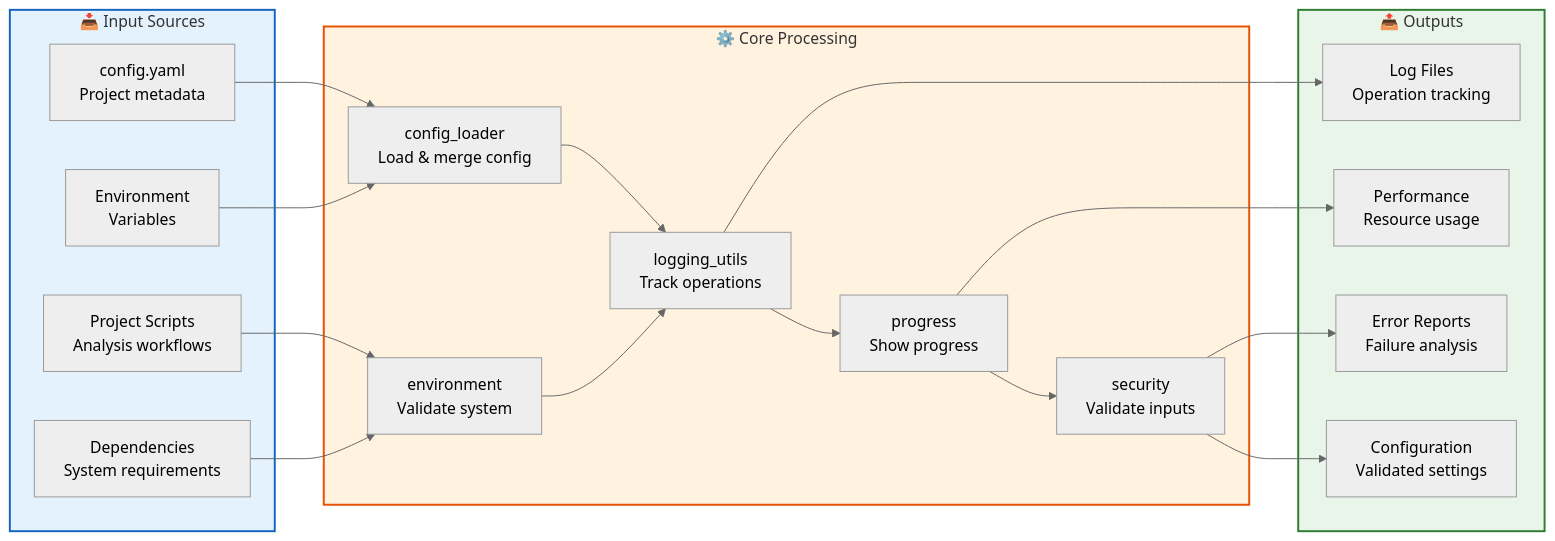
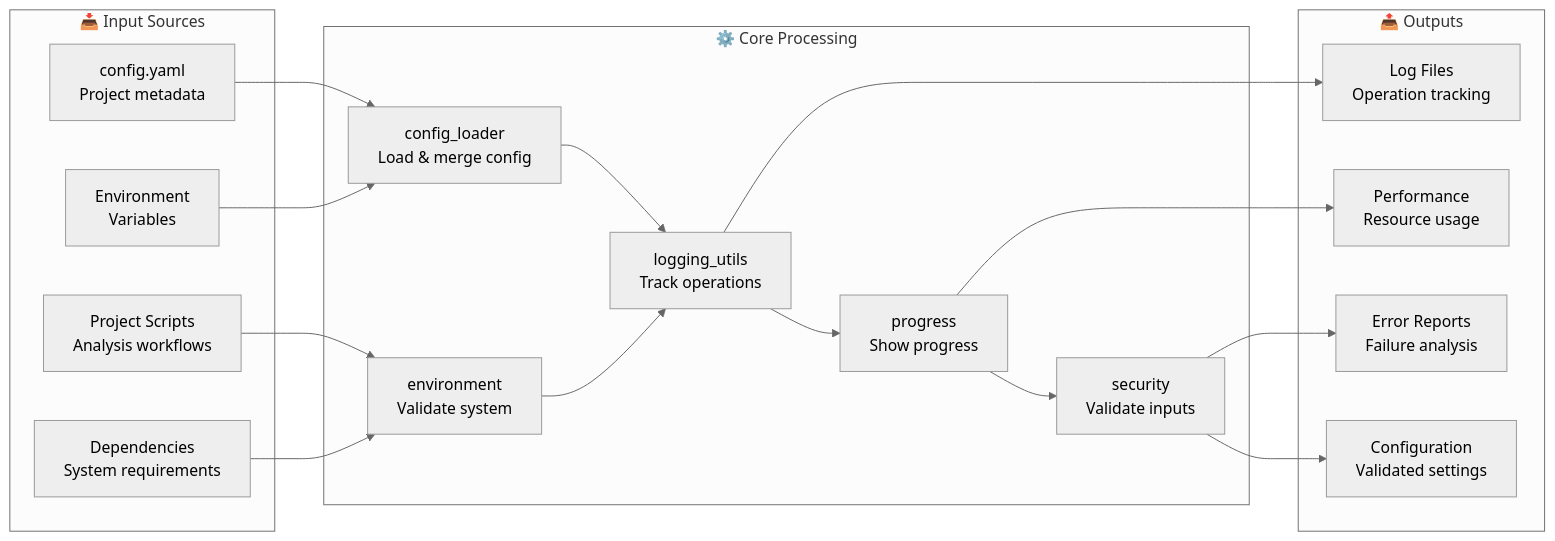
Before and after one commit to docxology/template: the second of 5 diagrams in infrastructure/core/README.md, drawn with Mermaid (neutral theme). The commit also changed other lines of this file and 243 other files, not shown here.

````diff
--- a/infrastructure/core/README.md
+++ b/infrastructure/core/README.md
@@ -86,45 +81,41 @@
 ```mermaid
 flowchart LR
     subgraph Input["📥 Input Sources"]
         YAML[config.yaml<br/>Project metadata]
         ENV[Environment<br/>Variables]
         SCRIPTS[Project Scripts<br/>Analysis workflows]
         DEPS[Dependencies<br/>System requirements]
     end
 
     subgraph Processing["⚙️ Core Processing"]
         CONFIG[config_loader<br/>Load & merge config]
         VALIDATE[environment<br/>Validate system]
         LOGGING[logging_utils<br/>Track operations]
         PROGRESS[progress<br/>Show progress]
         SECURITY[security<br/>Validate inputs]
     end
 
     subgraph Output["📤 Outputs"]
         LOGS[Log Files<br/>Operation tracking]
         METRICS[Performance<br/>Resource usage]
         ERRORS[Error Reports<br/>Failure analysis]
         RESULTS[Configuration<br/>Validated settings]
     end
 
     YAML --> CONFIG
     ENV --> CONFIG
     SCRIPTS --> VALIDATE
     DEPS --> VALIDATE
     CONFIG --> LOGGING
     VALIDATE --> LOGGING
     LOGGING --> PROGRESS
     PROGRESS --> SECURITY
     SECURITY --> RESULTS
     LOGGING --> LOGS
     PROGRESS --> METRICS
     SECURITY --> ERRORS
 
-    classDef input fill:#e3f2fd,stroke:#1565c0,stroke-width:2px
-    classDef process fill:#fff3e0,stroke:#e65100,stroke-width:2px
-    classDef output fill:#e8f5e8,stroke:#2e7d32,stroke-width:2px
-
     class Input input
     class Processing process
     class Output output
 ```
````
